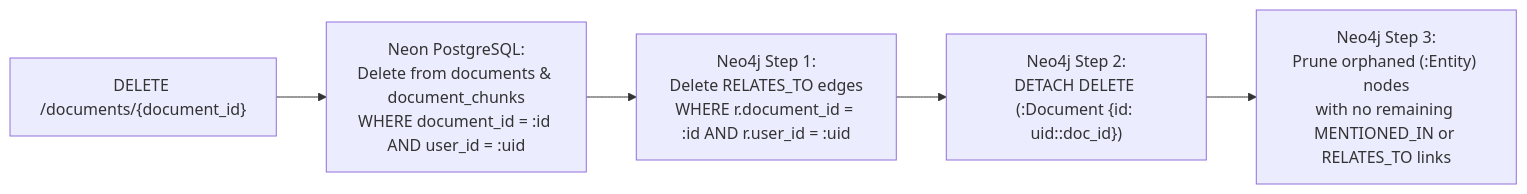
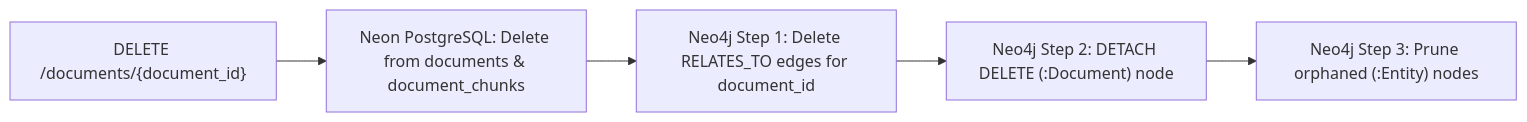
One commit to Dronanaik/adk_rag changed the fifth of 5 diagrams in docs/ARCHITECTURE.md. Above: the diagram before and after it, drawn with Mermaid. The commit also changed other lines of this file and 10 other files, not shown here.

````diff
--- a/docs/ARCHITECTURE.md
+++ b/docs/ARCHITECTURE.md
@@ -218,7 +218,7 @@
     ```mermaid
     flowchart LR
-        A["DELETE /documents/{document_id}"] --> B["Neon PostgreSQL:\nDelete from documents & document_chunks\nWHERE document_id = :id AND user_id = :uid"]
-        B --> C["Neo4j Step 1:\nDelete RELATES_TO edges\nWHERE r.document_id = :id AND r.user_id = :uid"]
-        C --> D["Neo4j Step 2:\nDETACH DELETE (:Document {id: uid::doc_id})"]
-        D --> E["Neo4j Step 3:\nPrune orphaned (:Entity) nodes\nwith no remaining MENTIONED_IN or RELATES_TO links"]
+        A["DELETE /documents/{document_id}"] --> B["Neon PostgreSQL: Delete from documents & document_chunks"]
+        B --> C["Neo4j Step 1: Delete RELATES_TO edges for document_id"]
+        C --> D["Neo4j Step 2: DETACH DELETE (:Document) node"]
+        D --> E["Neo4j Step 3: Prune orphaned (:Entity) nodes"]
     ```
````
